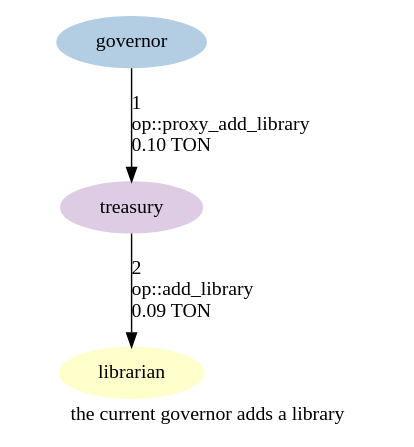
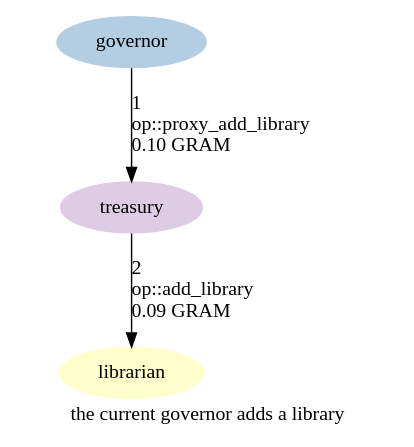
Before and after one commit to HipoFinance/contract: the diagram in graphs/30-add-library.dot, drawn with Graphviz. The commit also changed 97 other files, not shown here.

First line of the commit message:
Finish the TON to GRAM and hTON to hGRAM rebrand

```diff
--- a/graphs/30-add-library.dot
+++ b/graphs/30-add-library.dot
@@ -1,16 +1,16 @@
 digraph {
     label="the current governor adds a library"
     node [ colorscheme=pastel19 style=filled ]
 
     /* Entities */
     governor [ color=2 ]
     treasury [ color=4 ]
     librarian [ color=6 ]
 
     /* Relationships */
-    governor -> treasury [ label="1\l op::proxy_add_library\l 0.10 TON\l" ]
-    treasury -> librarian [ label="2\l op::add_library\l 0.09 TON\l"]
+    governor -> treasury [ label="1\l op::proxy_add_library\l 0.10 GRAM\l" ]
+    treasury -> librarian [ label="2\l op::add_library\l 0.09 GRAM\l"]
 
     /* Ranks */
     { rank=min governor }
 }
```
